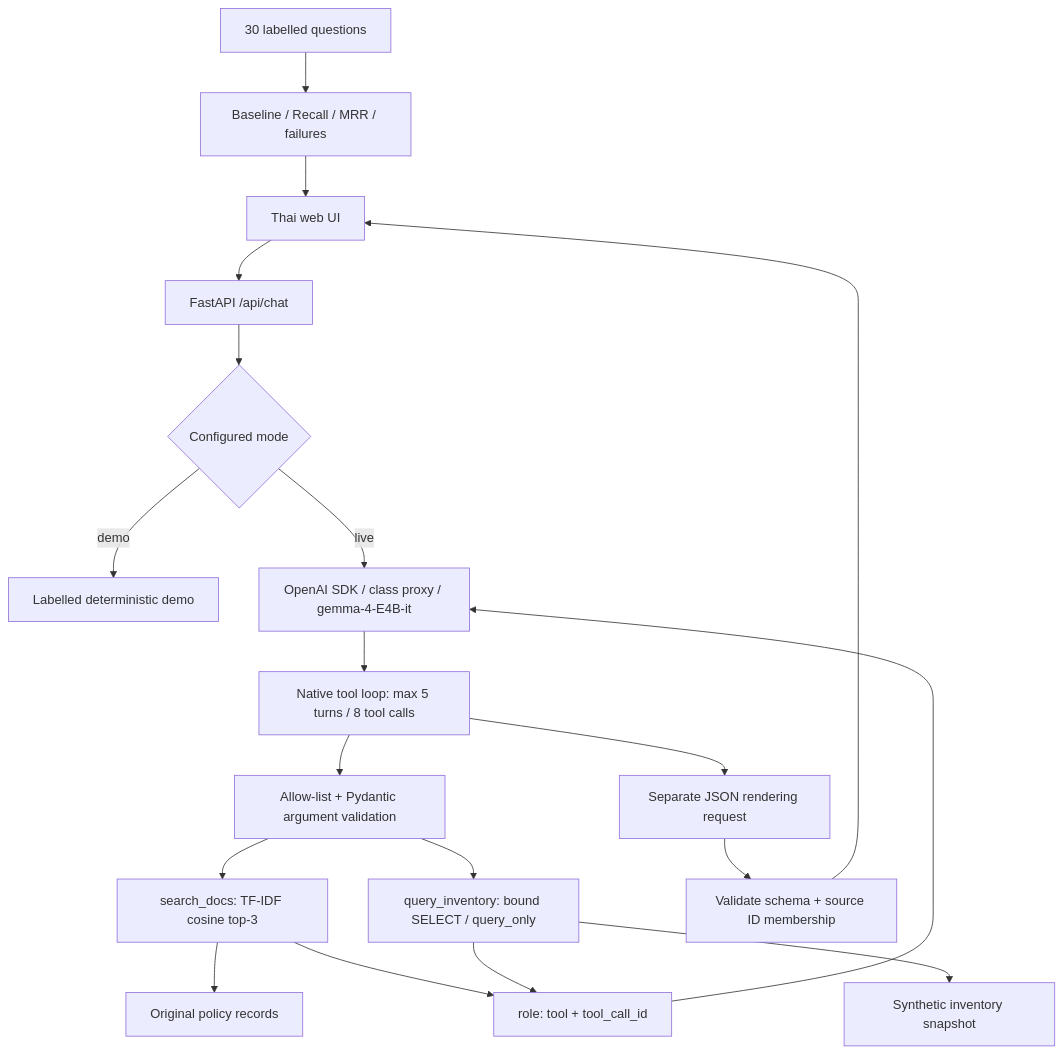
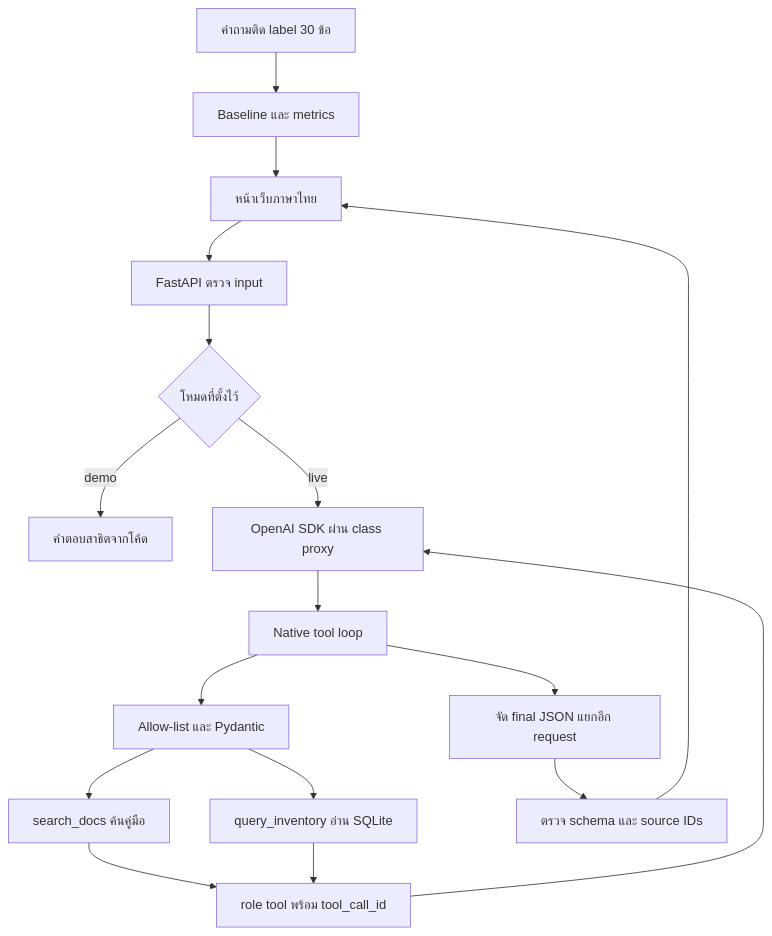
One commit to Chayapon8251/llm_lastwork changed the diagram in README.md. Above: the diagram before and after it, drawn with Mermaid. The commit also changed other lines of this file and 16 other files, not shown here.

Commit message:
Improve Thai readability, publish verified proxy status and prepare Render deployment

````diff
--- a/README.md
+++ b/README.md
@@ -67,21 +83,19 @@
 ```mermaid
 flowchart TD
-    UI[Thai web UI] --> API[FastAPI /api/chat]
-    API --> MODE{Configured mode}
-    MODE -->|demo| DEMO[Labelled deterministic demo]
-    MODE -->|live| LLM[OpenAI SDK / class proxy / gemma-4-E4B-it]
-    LLM --> LOOP[Native tool loop: max 5 turns / 8 tool calls]
-    LOOP --> CHECK[Allow-list + Pydantic argument validation]
-    CHECK --> SEARCH[search_docs: TF-IDF cosine top-3]
-    CHECK --> SQL[query_inventory: bound SELECT / query_only]
-    SEARCH --> DATA[Original policy records]
-    SQL --> STOCK[Synthetic inventory snapshot]
-    SEARCH --> OBS[role: tool + tool_call_id]
+    UI[หน้าเว็บภาษาไทย] --> API[FastAPI ตรวจ input]
+    API --> MODE{โหมดที่ตั้งไว้}
+    MODE -->|demo| DEMO[คำตอบสาธิตจากโค้ด]
+    MODE -->|live| LLM[OpenAI SDK ผ่าน class proxy]
+    LLM --> LOOP[Native tool loop]
+    LOOP --> VALID[Allow-list และ Pydantic]
+    VALID --> DOCS[search_docs ค้นคู่มือ]
+    VALID --> SQL[query_inventory อ่าน SQLite]
+    DOCS --> OBS[role tool พร้อม tool_call_id]
     SQL --> OBS
     OBS --> LLM
-    LOOP --> FINAL[Separate JSON rendering request]
-    FINAL --> VALID[Validate schema + source ID membership]
-    VALID --> UI
-    EVAL[30 labelled questions] --> METRICS[Baseline / Recall / MRR / failures]
-    METRICS --> UI
+    LOOP --> FINAL[จัด final JSON แยกอีก request]
+    FINAL --> CHECK[ตรวจ schema และ source IDs]
+    CHECK --> UI
+    EVAL[คำถามติด label 30 ข้อ] --> RESULTS[Baseline และ metrics]
+    RESULTS --> UI
 ```
````
